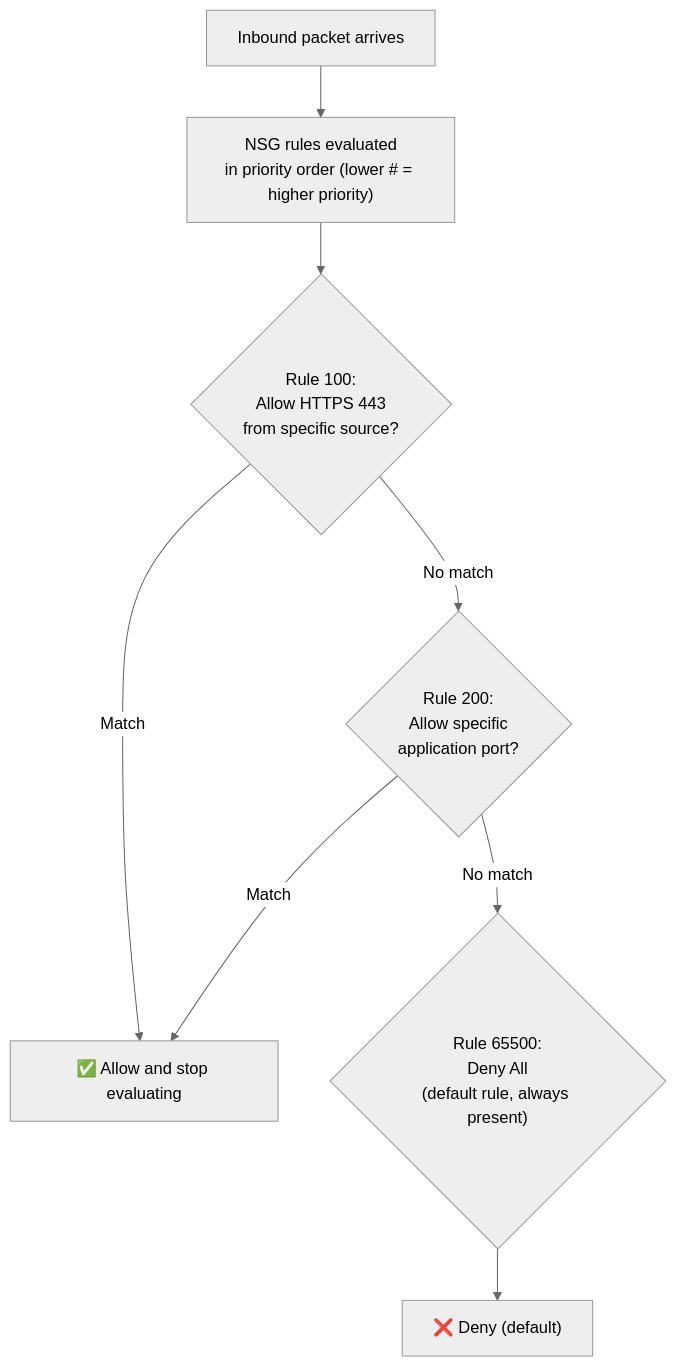
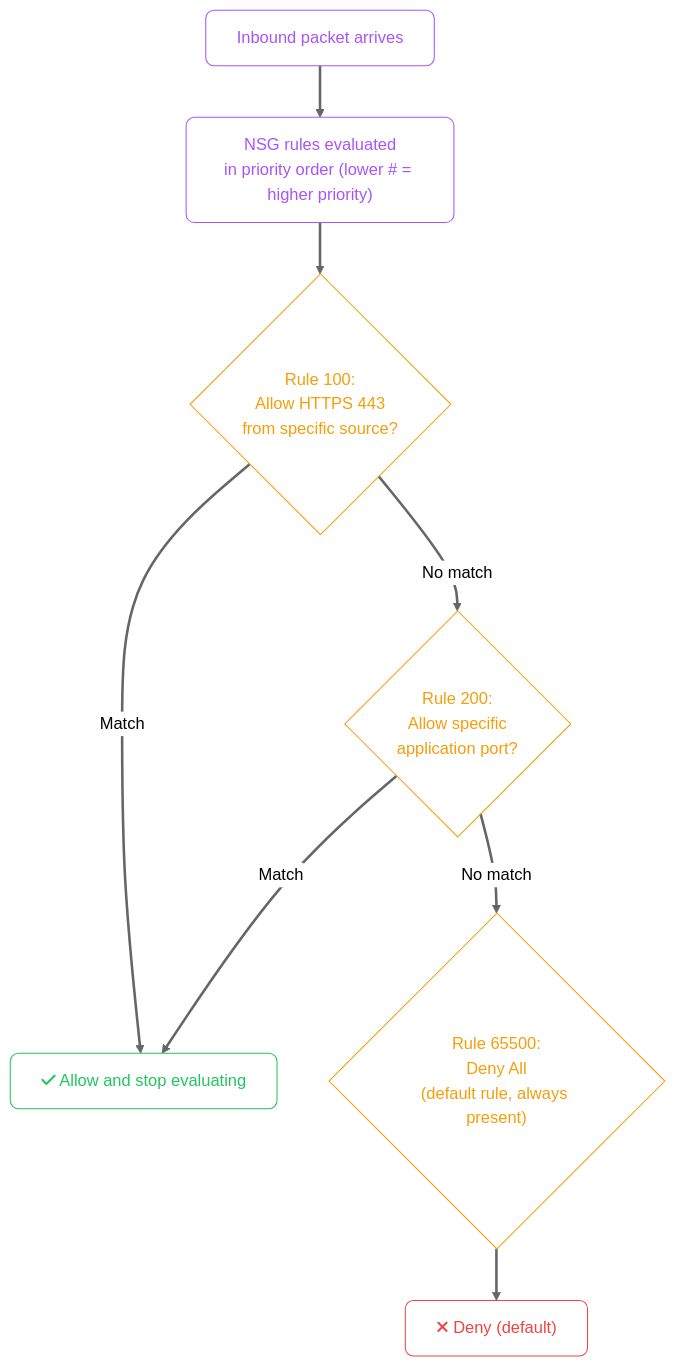
Before and after one commit to zafarale/cloudification: the fourth of 7 diagrams in src/content/cloud/azure/03-securing-your-system.mdx, drawn with Mermaid (neutral theme). The commit also changed other lines of this file and 84 other files, not shown here.

````diff
--- a/src/content/cloud/azure/03-securing-your-system.mdx
+++ b/src/content/cloud/azure/03-securing-your-system.mdx
@@ -130,18 +150,26 @@
 ```mermaid
 flowchart TD
-    PACKET["Inbound packet arrives"]
-    RULES["NSG rules evaluated\nin priority order (lower # = higher priority)"]
-    R100{"Rule 100:\nAllow HTTPS 443\nfrom specific source?"}
-    R200{"Rule 200:\nAllow specific\napplication port?"}
-    R65500{"Rule 65500:\nDeny All\n(default rule, always present)"}
-    ALLOW["✅ Allow and stop evaluating"]
-    DENY_DEF["❌ Deny (default)"]
+    accTitle: NSG Priority Evaluation
+    accDescr: Flowchart (td) showing Inbound packet arrives, lower higher priority, Rule 100: Allow HTTPS 443 from specific source
+    classDef step fill:none,stroke:#a855f7,color:#a855f7,rx:8,ry:8
+    classDef ok   fill:none,stroke:#22c55e,color:#22c55e,rx:8,ry:8
+    classDef fail fill:none,stroke:#ef4444,color:#ef4444,rx:8,ry:8
+    classDef decesion fill:none,stroke:#f59e0b,color:#f59e0b,rx:8,ry:8
+    linkStyle default stroke-width:2.5px
+
+    PACKET["Inbound packet arrives"]:::step
+    RULES["NSG rules evaluated<br/>in priority order (lower # = higher priority)"]:::step
+    R100{"Rule 100:<br/>Allow HTTPS 443<br/>from specific source?"}:::decesion
+    R200{"Rule 200:<br/>Allow specific<br/>application port?"}:::decesion
+    R65500{"Rule 65500:<br/>Deny All<br/>(default rule, always present)"}:::decesion
+    ALLOW["fa:fa-check Allow and stop evaluating"]:::ok
+    DENY_DEF["fa:fa-xmark Deny (default)"]:::fail
 
     PACKET --> RULES
     RULES --> R100
     R100 -- "Match" --> ALLOW
     R100 -- "No match" --> R200
     R200 -- "Match" --> ALLOW
     R200 -- "No match" --> R65500
     R65500 --> DENY_DEF
 ```
````
